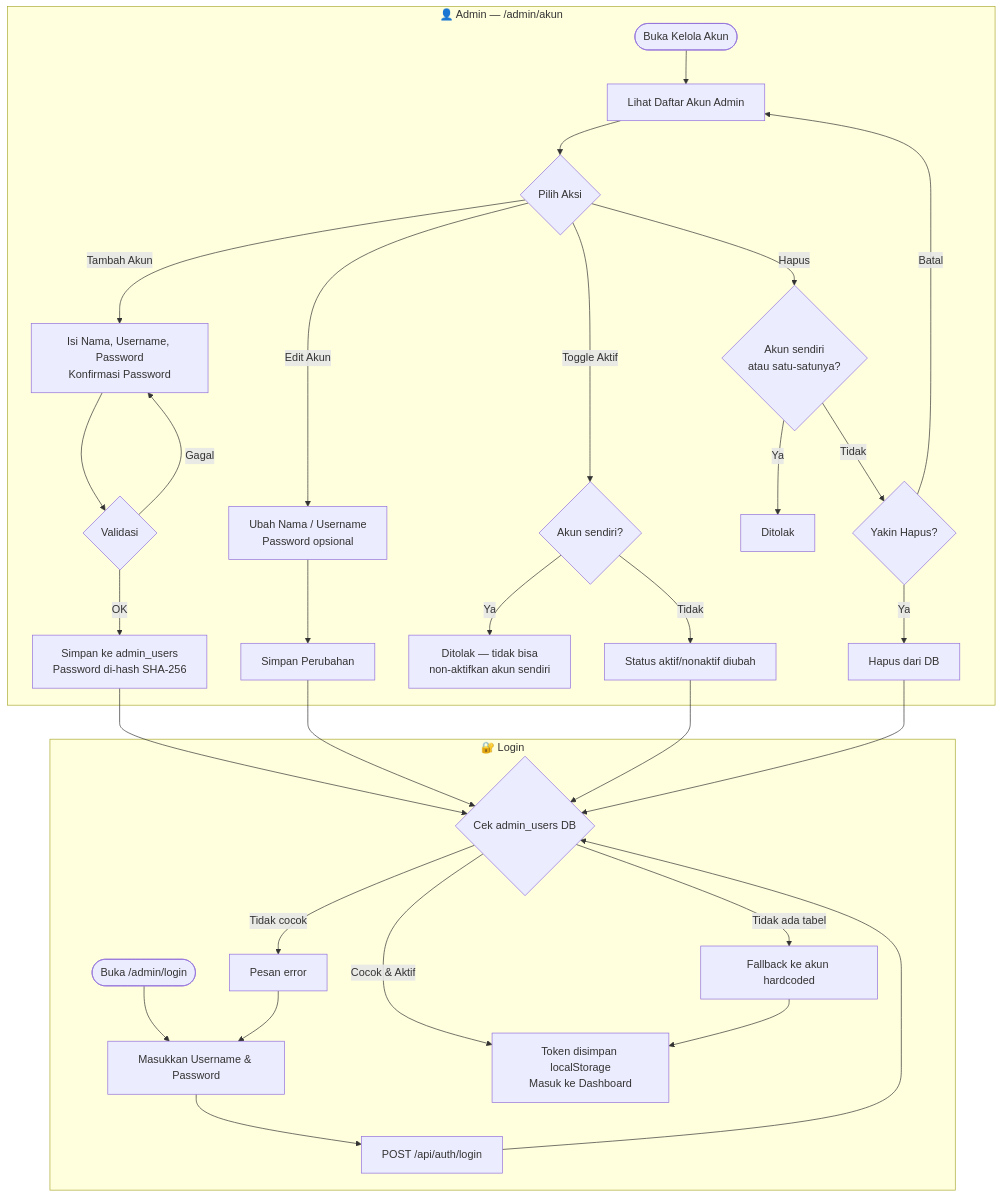
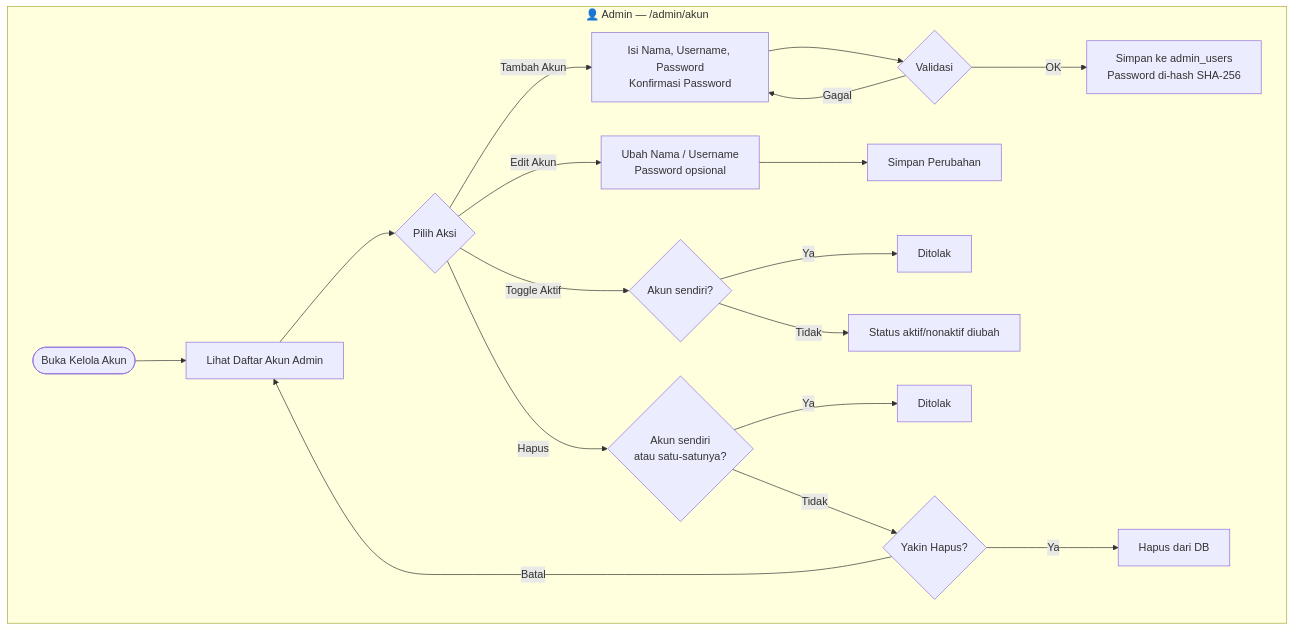
One commit to nabilhatami86/masjid-al-hidayah changed the eighth of 8 diagrams in ERD.md. Above: the diagram before and after it, drawn with Mermaid. The commit also changed other lines of this file and 2 other files, not shown here.

````diff
--- a/ERD.md
+++ b/ERD.md
@@ -534,41 +530,25 @@
 ```mermaid
 flowchart TD
     subgraph ADMIN["👤 Admin — /admin/akun"]
         A1([Buka Kelola Akun]) --> A2[Lihat Daftar Akun Admin]
         A2 --> A3{Pilih Aksi}
 
         A3 -- Tambah Akun --> A4[Isi Nama, Username, Password\nKonfirmasi Password]
         A4 --> A5{Validasi}
         A5 -- Gagal --> A4
         A5 -- OK --> A6[Simpan ke admin_users\nPassword di-hash SHA-256]
 
         A3 -- Edit Akun --> A7[Ubah Nama / Username\nPassword opsional]
         A7 --> A8[Simpan Perubahan]
 
         A3 -- Toggle Aktif --> A9{Akun sendiri?}
-        A9 -- Ya --> A10[Ditolak — tidak bisa\nnon-aktifkan akun sendiri]
+        A9 -- Ya --> A10[Ditolak]
         A9 -- Tidak --> A11[Status aktif/nonaktif diubah]
 
         A3 -- Hapus --> A12{Akun sendiri\natau satu-satunya?}
         A12 -- Ya --> A13[Ditolak]
         A12 -- Tidak --> A14{Yakin Hapus?}
         A14 -- Batal --> A2
         A14 -- Ya --> A15[Hapus dari DB]
     end
-
-    subgraph LOGIN["🔐 Login"]
-        L1([Buka /admin/login]) --> L2[Masukkan Username & Password]
-        L2 --> L3[POST /api/auth/login]
-        L3 --> L4{Cek admin_users DB}
-        L4 -- Tidak ada tabel --> L5[Fallback ke akun hardcoded]
-        L4 -- Cocok & Aktif --> L6[Token disimpan localStorage\nMasuk ke Dashboard]
-        L4 -- Tidak cocok --> L7[Pesan error]
-        L5 --> L6
-        L7 --> L2
-    end
-
-    A6 --> L4
-    A8 --> L4
-    A11 --> L4
-    A15 --> L4
 ```
````
